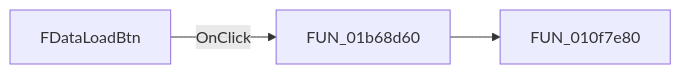
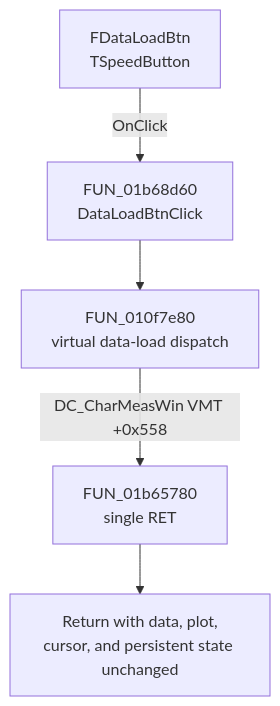
The diagram in docs/ui-controls/dc-charmeaswin/fdataloadbtn-cab7c58e3b.md (MovGP0/TIARA), drawn with Mermaid before and after one commit. The commit also changed other lines of this file and 680 other files, not shown here.

````diff
--- a/docs/ui-controls/dc-charmeaswin/fdataloadbtn-cab7c58e3b.md
+++ b/docs/ui-controls/dc-charmeaswin/fdataloadbtn-cab7c58e3b.md
@@ -27,5 +41,7 @@
 ```mermaid
-flowchart LR
-    control["FDataLoadBtn"] -->|OnClick| handler["FUN_01b68d60"]
-    handler --> call1["FUN_010f7e80"]
+flowchart TD
+    control["FDataLoadBtn<br/>TSpeedButton"] -->|OnClick| handler["FUN_01b68d60<br/>DataLoadBtnClick"]
+    handler --> dispatcher["FUN_010f7e80<br/>virtual data-load dispatch"]
+    dispatcher -->|"DC_CharMeasWin VMT +0x558"| disabled["FUN_01b65780<br/>single RET"]
+    disabled --> outcome["Return with data, plot,<br/>cursor, and persistent state unchanged"]
 ```
````
